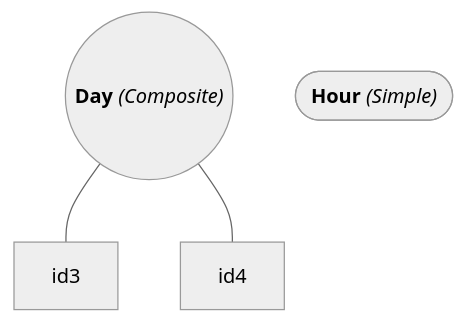
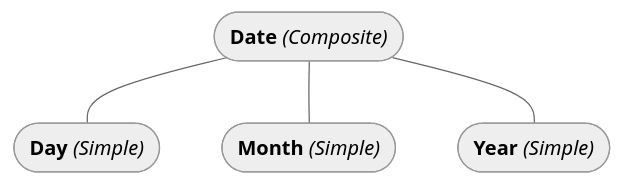
Before and after one commit to angelromarco04/MyNotes: the second of 2 diagrams in Programming/Databases/data/Theory/ERModel.md, drawn with Mermaid (neutral theme). The commit also changed other lines of this file, not shown here.

Commit message:
vault backup: 2024-03-17 18:18:45

````diff
--- a/Programming/Databases/data/Theory/ERModel.md
+++ b/Programming/Databases/data/Theory/ERModel.md
@@ -34,10 +34,11 @@
 ```mermaid
 flowchart TD
-	id2---id3
-	id2---id4
-
-	id1(["`**Hour** *(Simple)*`"])
-	id2(("`**Day** *(Composite)*`"))
-	id1(["`**Hour** *(Simple)*`"])
-	id1(["`**Hour** *(Simple)*`"])
+	id1---id2
+	id1---id3
+	id1---id4
+	
+	id1(["`**Date** *(Composite)*`"])
+	id2(["`**Day** *(Simple)*`"])
+	id3(["`**Month** *(Simple)*`"])
+	id4(["`**Year** *(Simple)*`"])
 ```
````
